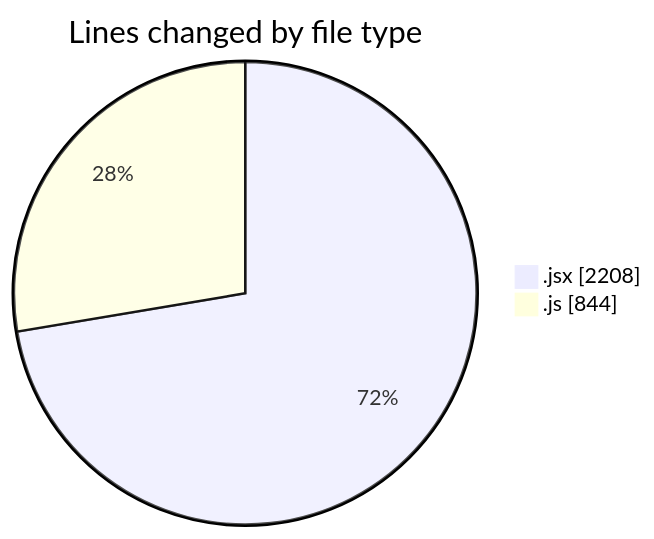
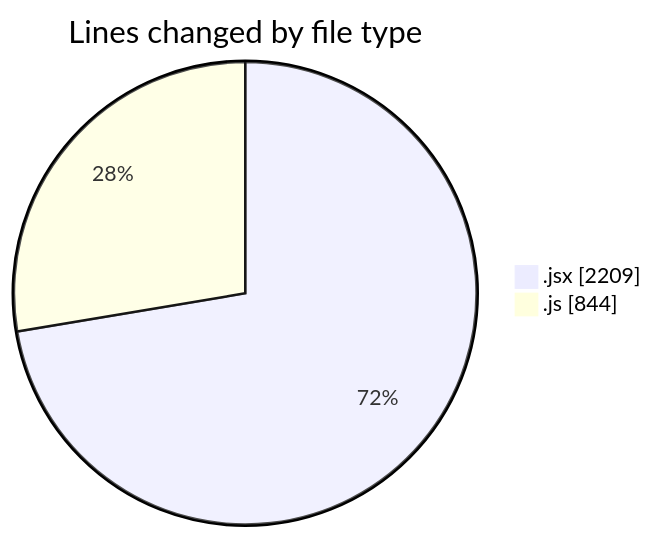
Before and after one commit to nxtqubesakshisongat/code-tracking: the first of 2 diagrams in 2025-06-28/argos/README.md, drawn with Mermaid. The commit also changed other lines of this file and 1 other file, not shown here.

````diff
--- a/2025-06-28/argos/README.md
+++ b/2025-06-28/argos/README.md
@@ -26,6 +26,6 @@
 ```mermaid
 pie showData
 title Lines changed by file type
-".jsx" : 2208
+".jsx" : 2209
 ".js" : 844
 ```
````
